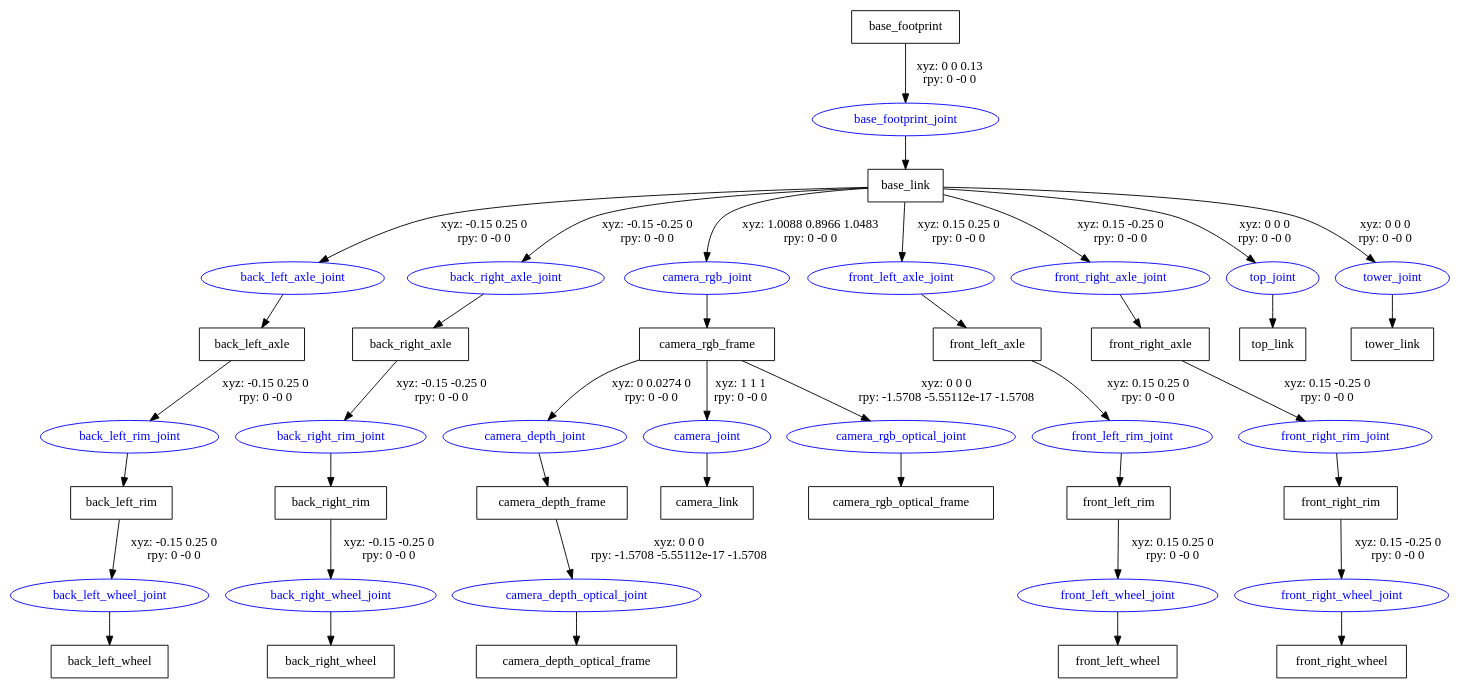
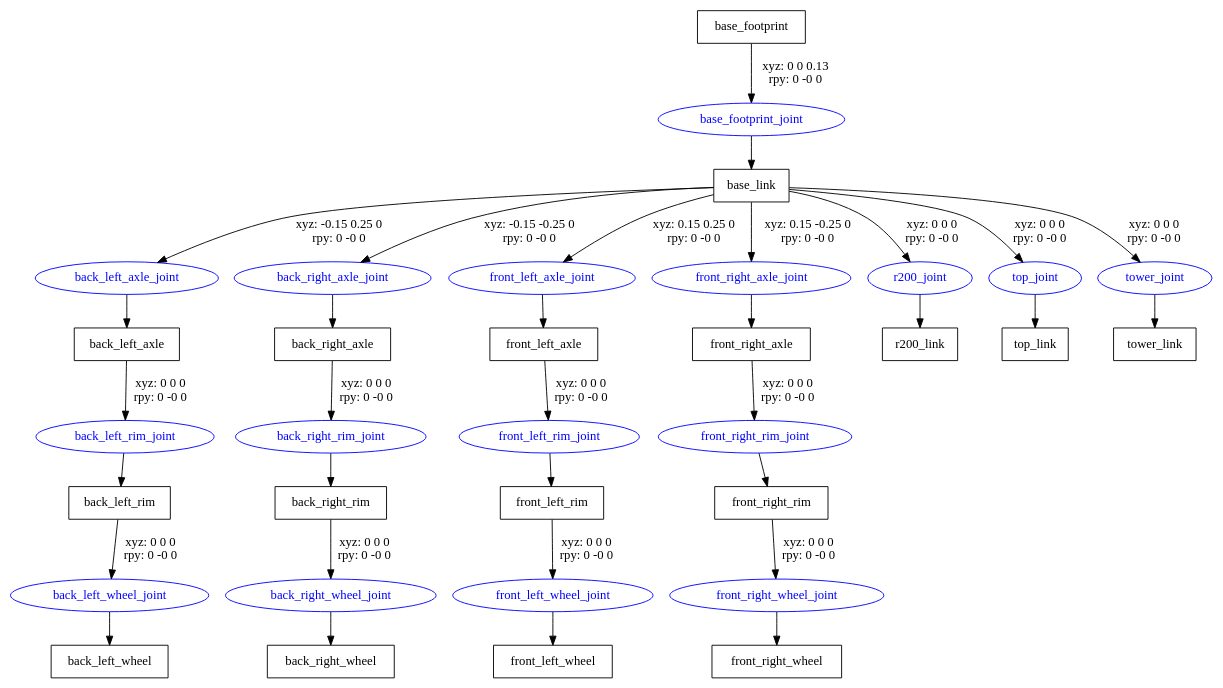
Before and after one commit to mockbot/MockBot: the diagram in mockbot/urdf/mockturtlebot.gv, drawn with Graphviz. The commit also changed 6 other files, not shown here.

```diff
--- a/mockbot/urdf/mockturtlebot.gv
+++ b/mockbot/urdf/mockturtlebot.gv
@@ -1,65 +1,53 @@
 digraph G {
 node [shape=box];
 "base_footprint" [label="base_footprint"];
 "base_link" [label="base_link"];
 "back_left_axle" [label="back_left_axle"];
 "back_left_rim" [label="back_left_rim"];
 "back_left_wheel" [label="back_left_wheel"];
 "back_right_axle" [label="back_right_axle"];
 "back_right_rim" [label="back_right_rim"];
 "back_right_wheel" [label="back_right_wheel"];
-"camera_rgb_frame" [label="camera_rgb_frame"];
-"camera_depth_frame" [label="camera_depth_frame"];
-"camera_depth_optical_frame" [label="camera_depth_optical_frame"];
-"camera_link" [label="camera_link"];
-"camera_rgb_optical_frame" [label="camera_rgb_optical_frame"];
 "front_left_axle" [label="front_left_axle"];
 "front_left_rim" [label="front_left_rim"];
 "front_left_wheel" [label="front_left_wheel"];
 "front_right_axle" [label="front_right_axle"];
 "front_right_rim" [label="front_right_rim"];
 "front_right_wheel" [label="front_right_wheel"];
+"r200_link" [label="r200_link"];
 "top_link" [label="top_link"];
 "tower_link" [label="tower_link"];
 node [shape=ellipse, color=blue, fontcolor=blue];
 "base_footprint" -> "base_footprint_joint" [label="xyz: 0 0 0.13 \nrpy: 0 -0 0"]
 "base_footprint_joint" -> "base_link"
 "base_link" -> "back_left_axle_joint" [label="xyz: -0.15 0.25 0 \nrpy: 0 -0 0"]
 "back_left_axle_joint" -> "back_left_axle"
-"back_left_axle" -> "back_left_rim_joint" [label="xyz: -0.15 0.25 0 \nrpy: 0 -0 0"]
+"back_left_axle" -> "back_left_rim_joint" [label="xyz: 0 0 0 \nrpy: 0 -0 0"]
 "back_left_rim_joint" -> "back_left_rim"
-"back_left_rim" -> "back_left_wheel_joint" [label="xyz: -0.15 0.25 0 \nrpy: 0 -0 0"]
+"back_left_rim" -> "back_left_wheel_joint" [label="xyz: 0 0 0 \nrpy: 0 -0 0"]
 "back_left_wheel_joint" -> "back_left_wheel"
 "base_link" -> "back_right_axle_joint" [label="xyz: -0.15 -0.25 0 \nrpy: 0 -0 0"]
 "back_right_axle_joint" -> "back_right_axle"
-"back_right_axle" -> "back_right_rim_joint" [label="xyz: -0.15 -0.25 0 \nrpy: 0 -0 0"]
+"back_right_axle" -> "back_right_rim_joint" [label="xyz: 0 0 0 \nrpy: 0 -0 0"]
 "back_right_rim_joint" -> "back_right_rim"
-"back_right_rim" -> "back_right_wheel_joint" [label="xyz: -0.15 -0.25 0 \nrpy: 0 -0 0"]
+"back_right_rim" -> "back_right_wheel_joint" [label="xyz: 0 0 0 \nrpy: 0 -0 0"]
 "back_right_wheel_joint" -> "back_right_wheel"
-"base_link" -> "camera_rgb_joint" [label="xyz: 1.0088 0.8966 1.0483 \nrpy: 0 -0 0"]
-"camera_rgb_joint" -> "camera_rgb_frame"
-"camera_rgb_frame" -> "camera_depth_joint" [label="xyz: 0 0.0274 0 \nrpy: 0 -0 0"]
-"camera_depth_joint" -> "camera_depth_frame"
-"camera_depth_frame" -> "camera_depth_optical_joint" [label="xyz: 0 0 0 \nrpy: -1.5708 -5.55112e-17 -1.5708"]
-"camera_depth_optical_joint" -> "camera_depth_optical_frame"
-"camera_rgb_frame" -> "camera_joint" [label="xyz: 1 1 1 \nrpy: 0 -0 0"]
-"camera_joint" -> "camera_link"
-"camera_rgb_frame" -> "camera_rgb_optical_joint" [label="xyz: 0 0 0 \nrpy: -1.5708 -5.55112e-17 -1.5708"]
-"camera_rgb_optical_joint" -> "camera_rgb_optical_frame"
 "base_link" -> "front_left_axle_joint" [label="xyz: 0.15 0.25 0 \nrpy: 0 -0 0"]
 "front_left_axle_joint" -> "front_left_axle"
-"front_left_axle" -> "front_left_rim_joint" [label="xyz: 0.15 0.25 0 \nrpy: 0 -0 0"]
+"front_left_axle" -> "front_left_rim_joint" [label="xyz: 0 0 0 \nrpy: 0 -0 0"]
 "front_left_rim_joint" -> "front_left_rim"
-"front_left_rim" -> "front_left_wheel_joint" [label="xyz: 0.15 0.25 0 \nrpy: 0 -0 0"]
+"front_left_rim" -> "front_left_wheel_joint" [label="xyz: 0 0 0 \nrpy: 0 -0 0"]
 "front_left_wheel_joint" -> "front_left_wheel"
 "base_link" -> "front_right_axle_joint" [label="xyz: 0.15 -0.25 0 \nrpy: 0 -0 0"]
 "front_right_axle_joint" -> "front_right_axle"
-"front_right_axle" -> "front_right_rim_joint" [label="xyz: 0.15 -0.25 0 \nrpy: 0 -0 0"]
+"front_right_axle" -> "front_right_rim_joint" [label="xyz: 0 0 0 \nrpy: 0 -0 0"]
 "front_right_rim_joint" -> "front_right_rim"
-"front_right_rim" -> "front_right_wheel_joint" [label="xyz: 0.15 -0.25 0 \nrpy: 0 -0 0"]
+"front_right_rim" -> "front_right_wheel_joint" [label="xyz: 0 0 0 \nrpy: 0 -0 0"]
 "front_right_wheel_joint" -> "front_right_wheel"
+"base_link" -> "r200_joint" [label="xyz: 0 0 0 \nrpy: 0 -0 0"]
+"r200_joint" -> "r200_link"
 "base_link" -> "top_joint" [label="xyz: 0 0 0 \nrpy: 0 -0 0"]
 "top_joint" -> "top_link"
 "base_link" -> "tower_joint" [label="xyz: 0 0 0 \nrpy: 0 -0 0"]
 "tower_joint" -> "tower_link"
 }
```
